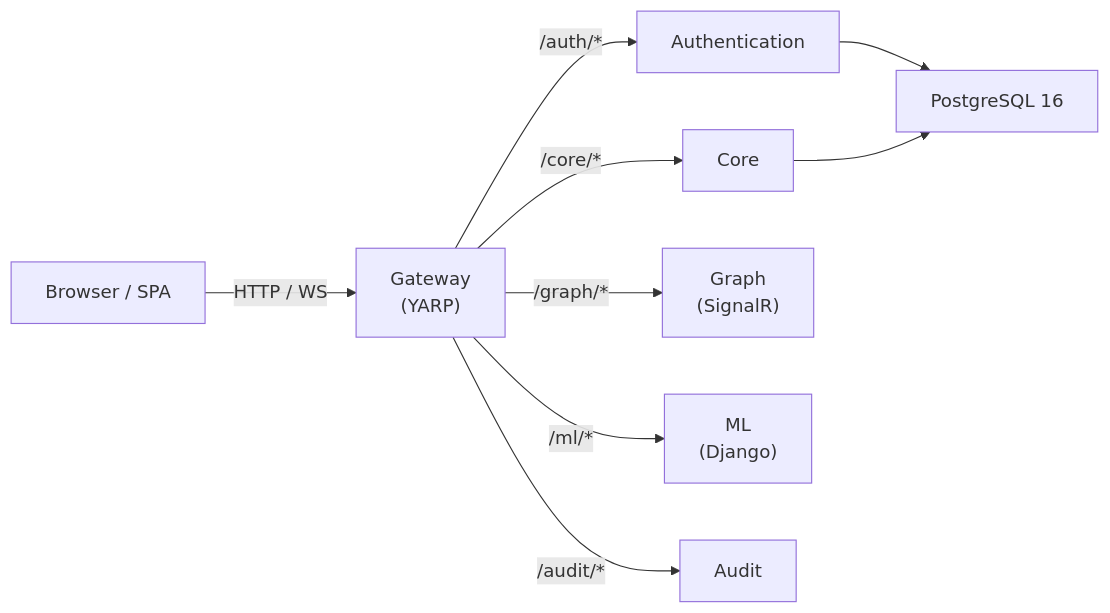
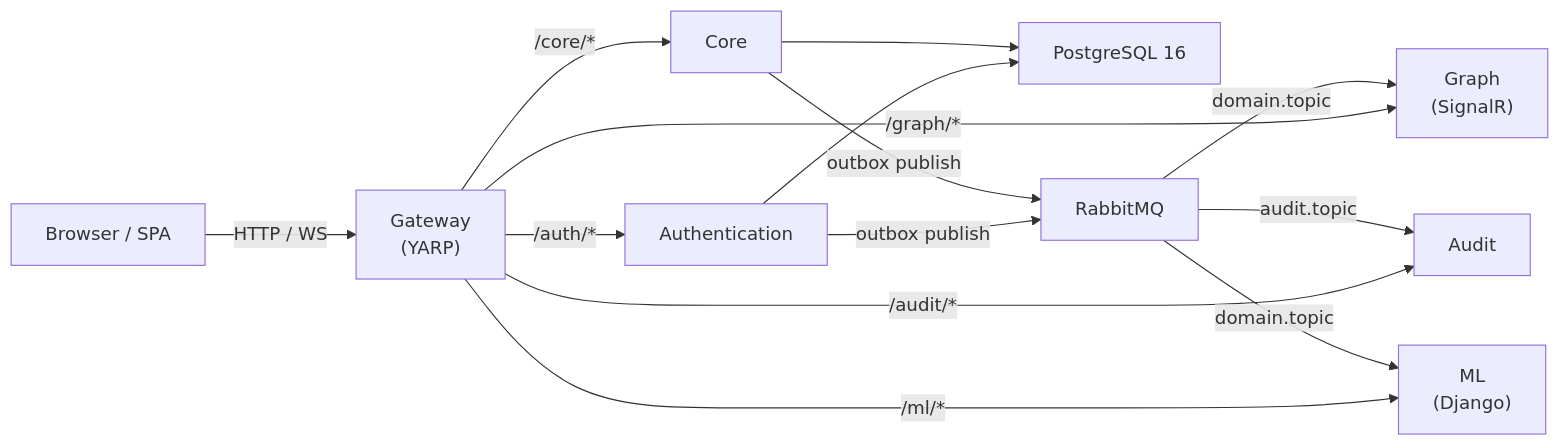
The first of 3 diagrams in docs/ai-guides/ARCHITECTURE.md (RelativaCRM/Relativa), drawn with Mermaid before and after one commit. The commit also changed other lines of this file and 72 other files, not shown here.

````diff
--- a/docs/ai-guides/ARCHITECTURE.md
+++ b/docs/ai-guides/ARCHITECTURE.md
@@ -11,20 +11,26 @@
 ```mermaid
 flowchart LR
     Browser["Browser / SPA"]
     Gateway["Gateway\n(YARP)"]
     Auth["Authentication"]
     Core["Core"]
     Graph["Graph\n(SignalR)"]
     ML["ML\n(Django)"]
     Audit["Audit"]
     PG["PostgreSQL 16"]
+    RMQ["RabbitMQ"]
 
     Browser -->|"HTTP / WS"| Gateway
     Gateway -->|"/auth/*"| Auth
     Gateway -->|"/core/*"| Core
     Gateway -->|"/graph/*"| Graph
     Gateway -->|"/ml/*"| ML
     Gateway -->|"/audit/*"| Audit
     Auth --> PG
     Core --> PG
+    Auth -->|outbox publish| RMQ
+    Core -->|outbox publish| RMQ
+    RMQ -->|audit.topic| Audit
+    RMQ -->|domain.topic| Graph
+    RMQ -->|domain.topic| ML
 ```
````
